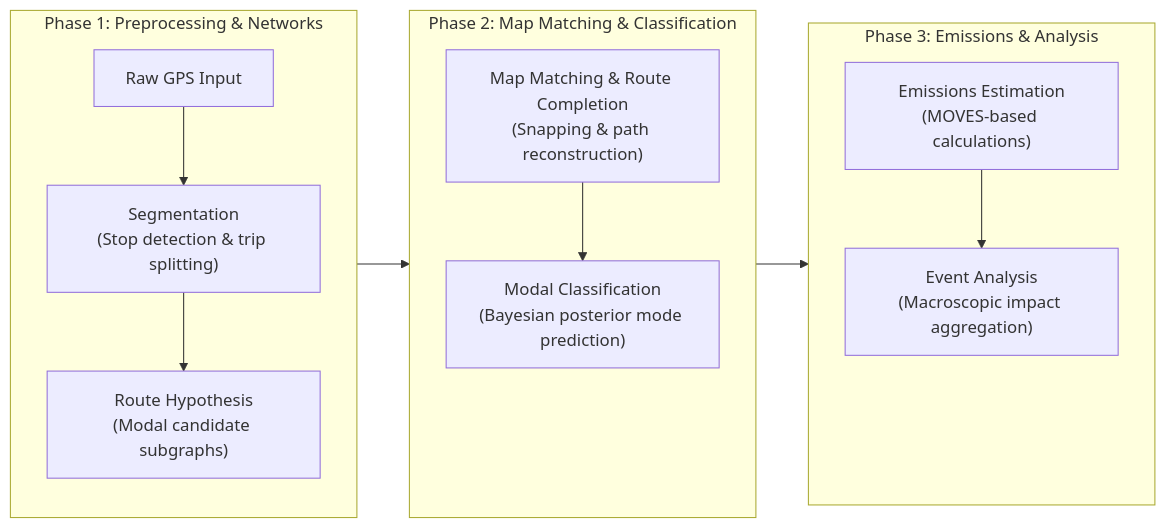
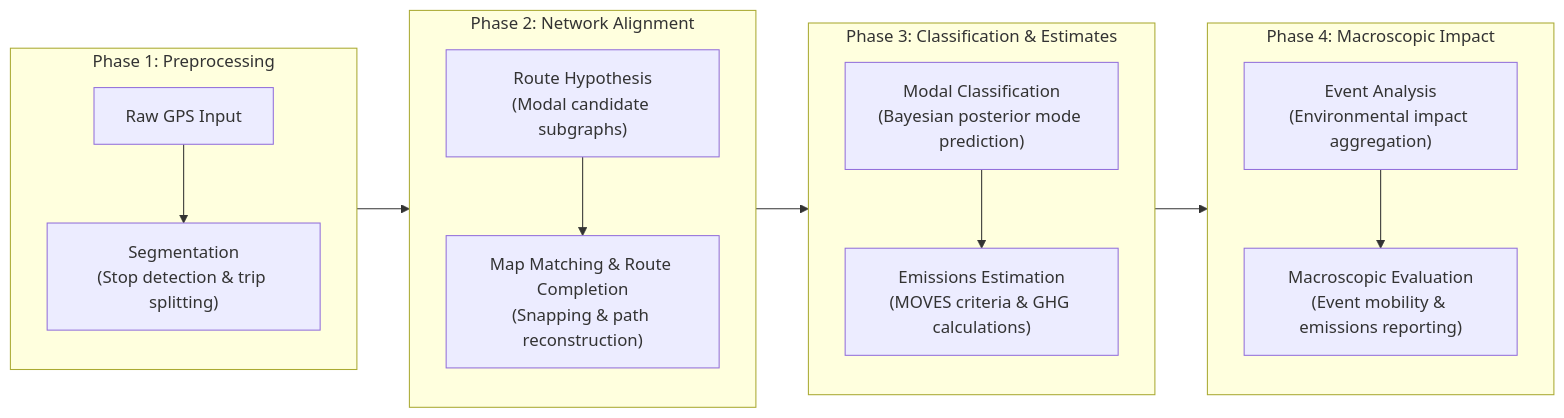
Before and after one commit to vladimirp07/gps-emissions-pipeline: the diagram in README.md, drawn with Mermaid.

Commit message:
docs: reestructurar diagrama a 4 fases simetricas de 2 pasos cada una

````diff
--- a/README.md
+++ b/README.md
@@ -9,26 +9,27 @@
 ```mermaid
 flowchart LR
-    subgraph Phase1 ["Phase 1: Preprocessing & Networks"]
+    subgraph Phase1 ["Phase 1: Preprocessing"]
         direction TD
         A["Raw GPS Input"] --> B["Segmentation<br>(Stop detection & trip splitting)"]
-        B --> C["Route Hypothesis<br>(Modal candidate subgraphs)"]
     end
 
-    subgraph Phase2 ["Phase 2: Map Matching & Classification"]
+    subgraph Phase2 ["Phase 2: Network Alignment"]
         direction TD
-        D["Map Matching & Route Completion<br>(Snapping & path reconstruction)"] --> E["Modal Classification<br>(Bayesian posterior mode prediction)"]
-        E ~~~ Spacer2[" "]
-        style Spacer2 opacity:0,fill:none,stroke:none
+        C["Route Hypothesis<br>(Modal candidate subgraphs)"] --> D["Map Matching & Route Completion<br>(Snapping & path reconstruction)"]
     end
 
-    subgraph Phase3 ["Phase 3: Emissions & Analysis"]
+    subgraph Phase3 ["Phase 3: Classification & Estimates"]
         direction TD
-        F["Emissions Estimation<br>(MOVES-based calculations)"] --> G["Event Analysis<br>(Macroscopic impact aggregation)"]
-        G ~~~ Spacer3[" "]
-        style Spacer3 opacity:0,fill:none,stroke:none
+        E["Modal Classification<br>(Bayesian posterior mode prediction)"] --> F["Emissions Estimation<br>(MOVES criteria & GHG calculations)"]
+    end
+
+    subgraph Phase4 ["Phase 4: Macroscopic Impact"]
+        direction TD
+        G["Event Analysis<br>(Environmental impact aggregation)"] --> H["Macroscopic Evaluation<br>(Event mobility & emissions reporting)"]
     end
 
     %% Conexión horizontal directa entre los contenedores globales
     Phase1 --> Phase2
     Phase2 --> Phase3
+    Phase3 --> Phase4
 ```
````
